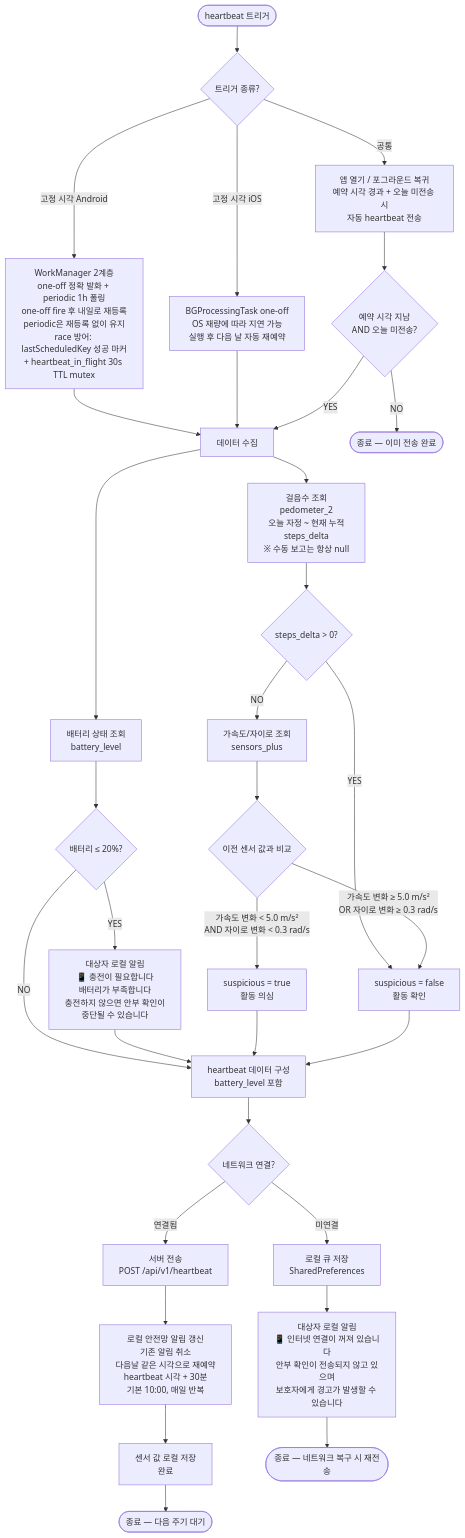
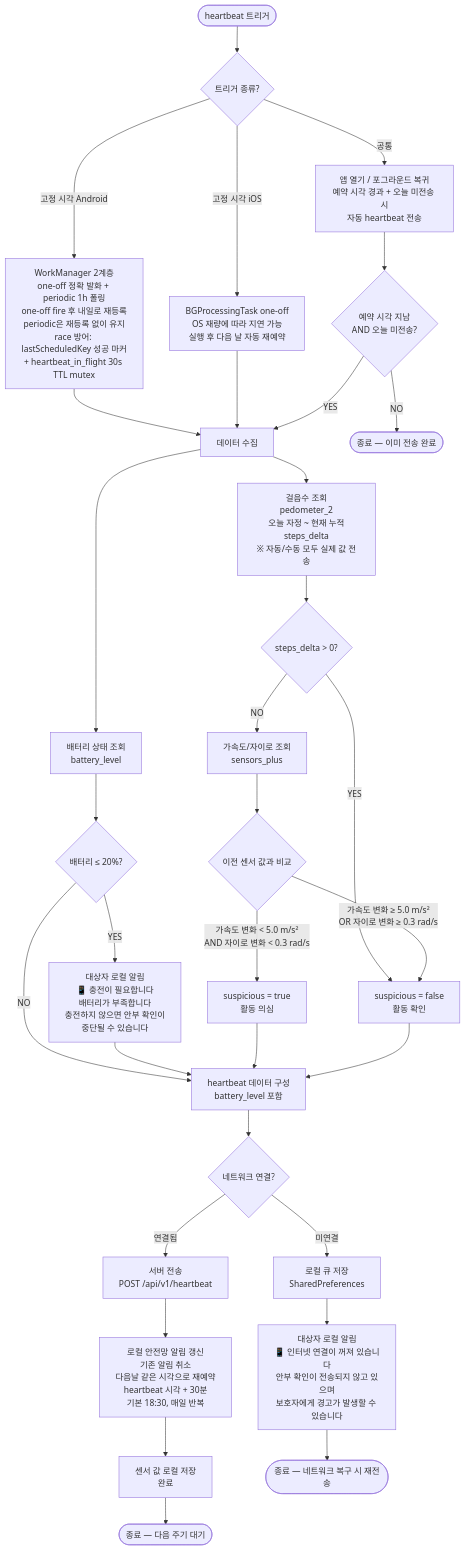
One commit to l10s18bok/kr.co.anbucheck changed the first of 8 diagrams in .claude/rules/heartbeat_flowchart.md. Above: the diagram before and after it, drawn with Mermaid. The commit also changed other lines of this file and 2 other files, not shown here.

First line of the commit message:
문서: 기본 heartbeat 시각 18:00 전환 + 수동 steps_delta 정책 반영

````diff
--- a/.claude/rules/heartbeat_flowchart.md
+++ b/.claude/rules/heartbeat_flowchart.md
@@ -25,54 +25,54 @@
 ```mermaid
 flowchart TD
     Start([heartbeat 트리거])
     Start --> Trigger
 
     Trigger{트리거 종류?}
     Trigger -->|고정 시각 Android| WM[WorkManager 2계층<br/>one-off 정확 발화 + periodic 1h 폴링<br/>one-off fire 후 내일로 재등록<br/>periodic은 재등록 없이 유지<br/>race 방어: lastScheduledKey 성공 마커<br/>+ heartbeat_in_flight 30s TTL mutex]
     Trigger -->|고정 시각 iOS| BG[BGProcessingTask one-off<br/>OS 재량에 따라 지연 가능<br/>실행 후 다음 날 자동 재예약]
     Trigger -->|공통| FG[앱 열기 / 포그라운드 복귀<br/>예약 시각 경과 + 오늘 미전송 시<br/>자동 heartbeat 전송]
 
     WM --> Collect
     BG --> Collect
     FG --> FGCheck{예약 시각 지남<br/>AND 오늘 미전송?}
     FGCheck -->|YES| Collect
     FGCheck -->|NO| End0([종료 — 이미 전송 완료])
 
     Collect[데이터 수집]
-    Collect --> Steps[걸음수 조회<br/>pedometer_2<br/>오늘 자정 ~ 현재 누적<br/>steps_delta<br/>※ 수동 보고는 항상 null]
+    Collect --> Steps[걸음수 조회<br/>pedometer_2<br/>오늘 자정 ~ 현재 누적<br/>steps_delta<br/>※ 자동/수동 모두 실제 값 전송]
     Collect --> Battery[배터리 상태 조회<br/>battery_level]
 
     Steps --> StepsCheck{steps_delta > 0?}
     StepsCheck -->|YES| Normal[suspicious = false<br/>활동 확인]
     StepsCheck -->|NO| Sensor[가속도/자이로 조회<br/>sensors_plus]
 
     Sensor --> Compare{이전 센서 값과 비교}
     Compare -->|가속도 변화 < 5.0 m/s²<br/>AND 자이로 변화 < 0.3 rad/s| Suspicious[suspicious = true<br/>활동 의심]
     Compare -->|가속도 변화 ≥ 5.0 m/s²<br/>OR 자이로 변화 ≥ 0.3 rad/s| Normal
 
     Battery --> BattCheck{배터리 ≤ 20%?}
     BattCheck -->|YES| SubjectNoti[대상자 로컬 알림<br/>📱 충전이 필요합니다<br/>배터리가 부족합니다<br/>충전하지 않으면 안부 확인이<br/>중단될 수 있습니다]
     BattCheck -->|NO| Build
 
     SubjectNoti --> Build
 
     Suspicious --> Build
     Normal --> Build
 
     Build[heartbeat 데이터 구성<br/>battery_level 포함]
 
     Build --> Network{네트워크 연결?}
 
     Network -->|연결됨| Send[서버 전송<br/>POST /api/v1/heartbeat]
     Network -->|미연결| Queue[로컬 큐 저장<br/>SharedPreferences]
 
     Queue --> LocalNoti1[대상자 로컬 알림<br/>📱 인터넷 연결이 꺼져 있습니다<br/>안부 확인이 전송되지 않고 있으며<br/>보호자에게 경고가 발생할 수 있습니다]
 
-    Send --> AlarmReset[로컬 안전망 알림 갱신<br/>기존 알림 취소<br/>다음날 같은 시각으로 재예약<br/>heartbeat 시각 + 30분<br/>기본 10:00, 매일 반복]
+    Send --> AlarmReset[로컬 안전망 알림 갱신<br/>기존 알림 취소<br/>다음날 같은 시각으로 재예약<br/>heartbeat 시각 + 30분<br/>기본 18:30, 매일 반복]
 
     AlarmReset --> SaveEnd[센서 값 로컬 저장<br/>완료]
 
     SaveEnd --> End1([종료 — 다음 주기 대기])
 
     LocalNoti1 --> End2([종료 — 네트워크 복구 시 재전송])
 ```
````
